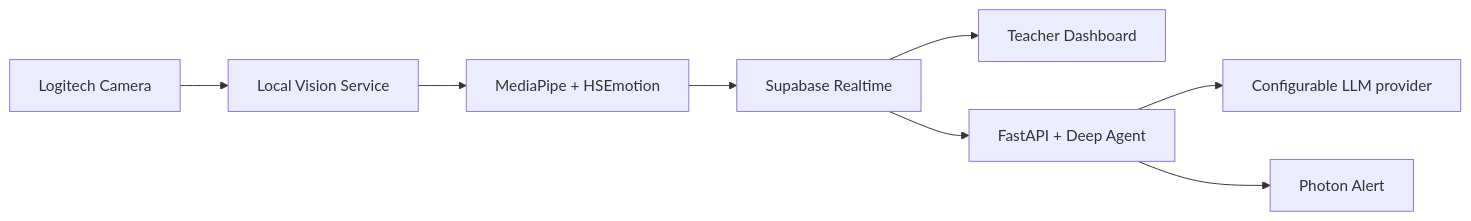
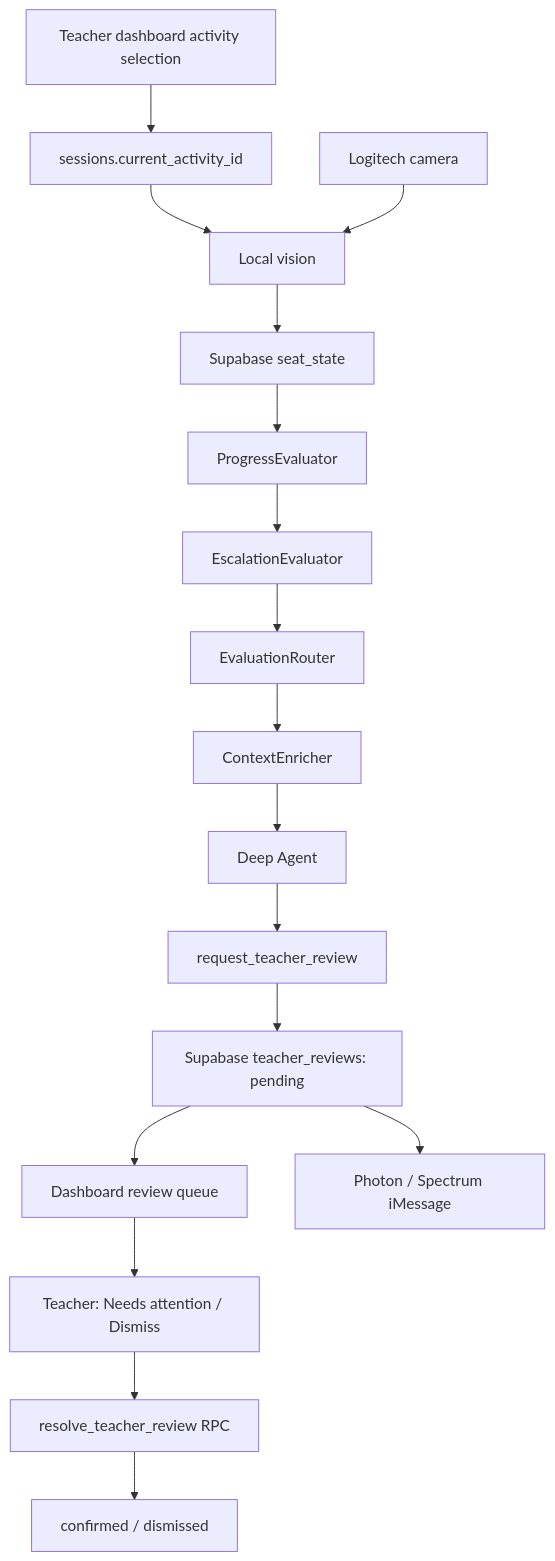
Before and after one commit to keithw24/cues: the diagram in PRD-cues.md, drawn with Mermaid. The commit also changed other lines of this file and 12 other files, not shown here.

````diff
--- a/PRD-cues.md
+++ b/PRD-cues.md
@@ -159,10 +89,19 @@
-```mermaid
-flowchart LR
-    A[Logitech Camera] --> B[Local Vision Service]
-    B --> C[MediaPipe + HSEmotion]
-    C --> D[Supabase Realtime]
-    D --> E[Teacher Dashboard]
-    D --> F[FastAPI + Deep Agent]
-    F --> G[Configurable LLM provider]
-    F --> H[Photon Alert]
+ ```mermaid
+flowchart TD
+    A[Teacher dashboard activity selection] --> B[sessions.current_activity_id]
+    B --> C[Local vision]
+    D[Logitech camera] --> C
+    C --> E[Supabase seat_state]
+    E --> F[ProgressEvaluator]
+    F --> G[EscalationEvaluator]
+    G --> H[EvaluationRouter]
+    H --> I[ContextEnricher]
+    I --> J[Deep Agent]
+    J --> K[request_teacher_review]
+    K --> L[Supabase teacher_reviews: pending]
+    L --> M[Dashboard review queue]
+    L --> N[Photon / Spectrum iMessage]
+    M --> O[Teacher: Needs attention / Dismiss]
+    O --> P[resolve_teacher_review RPC]
+    P --> Q[confirmed / dismissed]
 ```
````
